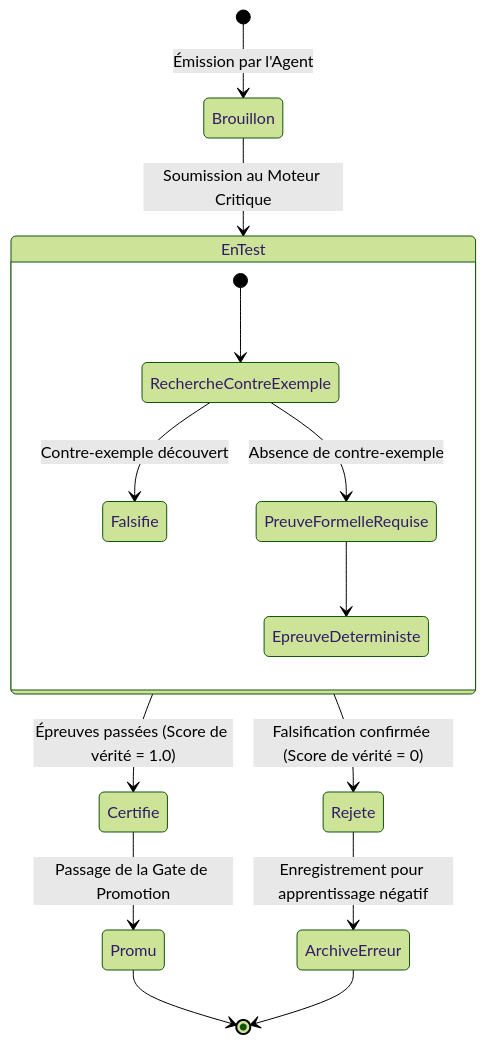
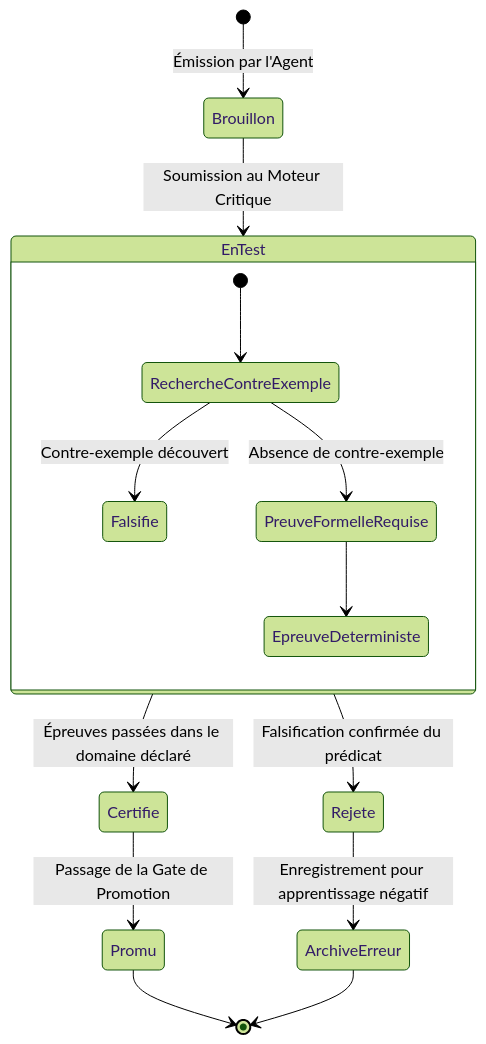
The fourth of 4 diagrams in docs/01-concepts/epistemologie-et-evidence.md (PISSARAW/GenOS), drawn with Mermaid (forest theme) before and after one commit. The commit also changed other lines of this file and 6 other files, not shown here.

````diff
--- a/docs/01-concepts/epistemologie-et-evidence.md
+++ b/docs/01-concepts/epistemologie-et-evidence.md
@@ -400,20 +400,20 @@
 ```mermaid
 stateDiagram-v2
     [*] --> Brouillon : Émission par l'Agent
     Brouillon --> EnTest : Soumission au Moteur Critique
     
     state EnTest {
         [*] --> RechercheContreExemple
         RechercheContreExemple --> Falsifie : Contre-exemple découvert
         RechercheContreExemple --> PreuveFormelleRequise : Absence de contre-exemple
         PreuveFormelleRequise --> EpreuveDeterministe
     }
     
-    EnTest --> Rejete : Falsification confirmée (Score de vérité = 0)
-    EnTest --> Certifie : Épreuves passées (Score de vérité = 1.0)
+    EnTest --> Rejete : Falsification confirmée du prédicat
+    EnTest --> Certifie : Épreuves passées dans le domaine déclaré
     
     Certifie --> Promu : Passage de la Gate de Promotion
     Rejete --> ArchiveErreur : Enregistrement pour apprentissage négatif
     Promu --> [*]
     ArchiveErreur --> [*]
 ```
````
